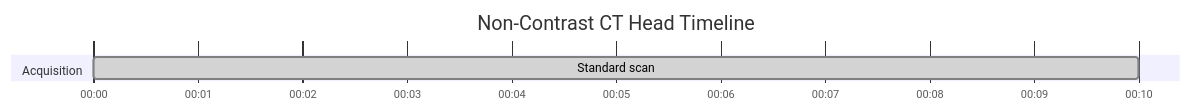
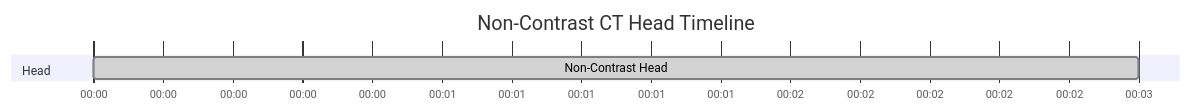
One commit to dfergs93/radiology-protocols changed the diagram in docs/ct/neuro/non-contrast-ct-head.md. Above: the diagram before and after it, drawn with Mermaid. The commit also changed 101 other files, not shown here.

````diff
--- a/docs/ct/neuro/non-contrast-ct-head.md
+++ b/docs/ct/neuro/non-contrast-ct-head.md
@@ -70,13 +70,15 @@
   ```mermaid
   ---
+  displayMode: compact
   config:
     theme: default
+    themeCSS: " #Saline{ fill: #4ed5ff; stroke: #2094f3; } "
   ---
     gantt
       title Non-Contrast CT Head Timeline
       dateFormat mm:ss
       axisFormat %M:%S 
       
-      section Acquisition
-      Standard scan    :done, scan1, 00:00, 10s
+      section Head
+      Non-Contrast Head    :done, scan1, 00:00, 3s
   ```
````
